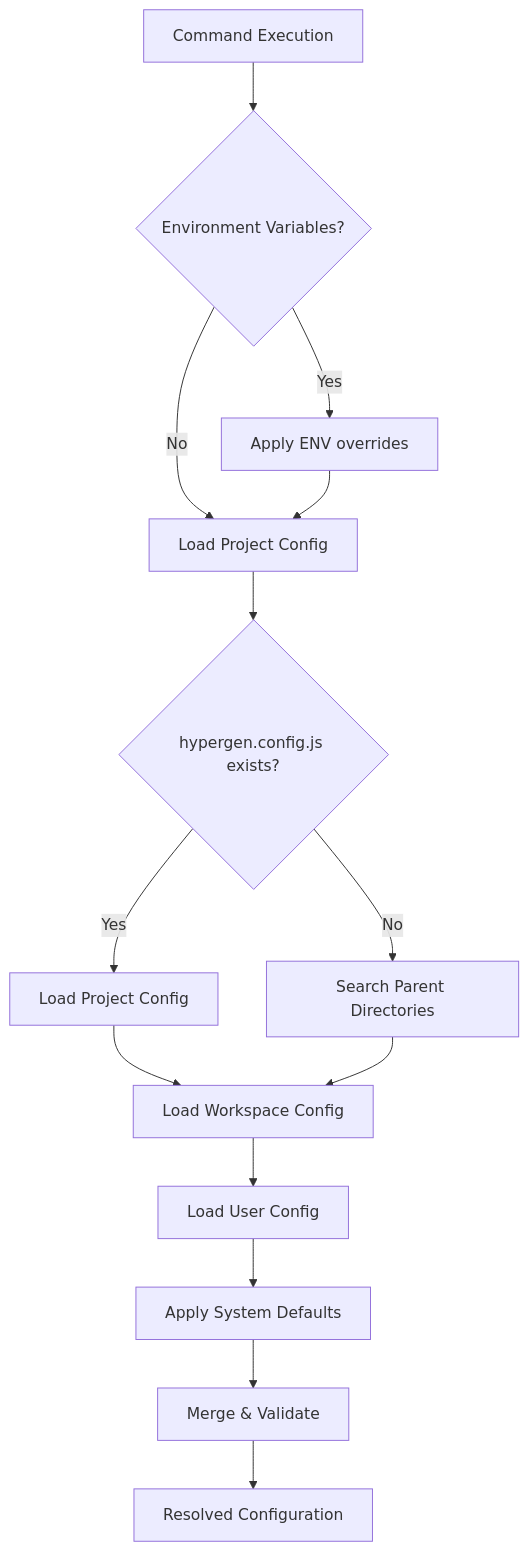
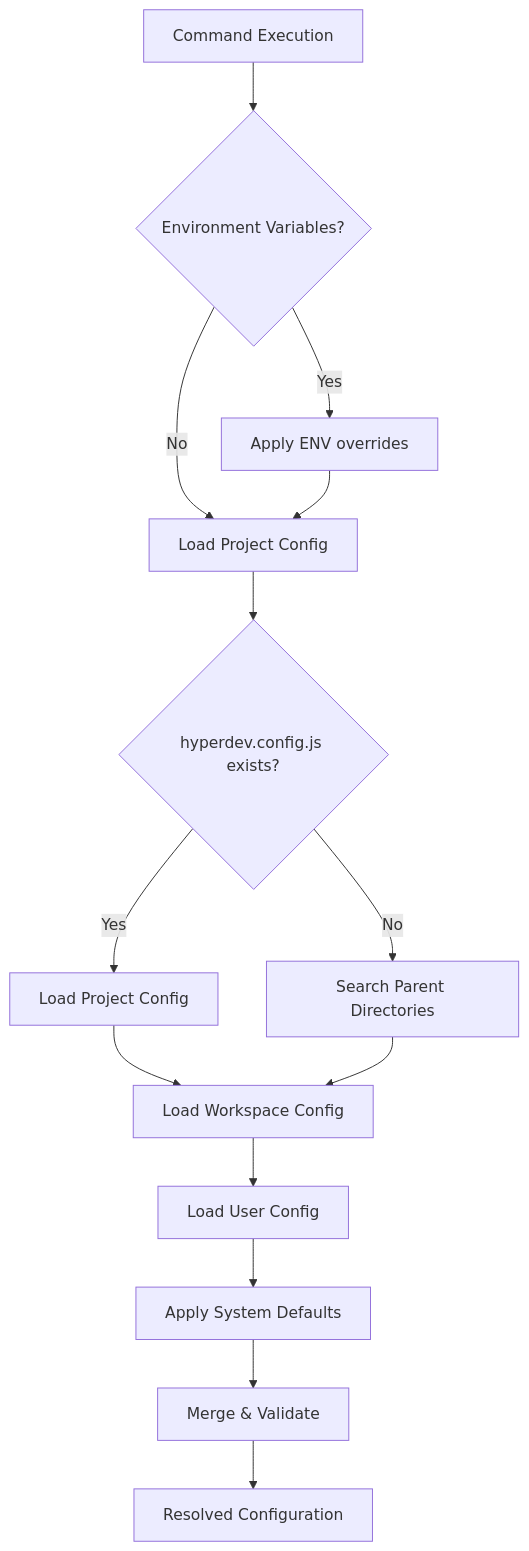
Before and after one commit to svallory/hyper-coding: the diagram in apps/docs/configuration-guide.mdx, drawn with Mermaid. The commit also changed other lines of this file and 837 other files, not shown here.

````diff
--- a/apps/docs/configuration-guide.mdx
+++ b/apps/docs/configuration-guide.mdx
@@ -37,16 +37,16 @@
 ```mermaid
 flowchart TD
     A[Command Execution] --> B{Environment Variables?}
     B -->|Yes| C[Apply ENV overrides]
     B -->|No| D[Load Project Config]
     C --> D
-    D --> E{hypergen.config.js exists?}
+    D --> E{hyperdev.config.js exists?}
     E -->|Yes| F[Load Project Config]
     E -->|No| G[Search Parent Directories]
     F --> H[Load Workspace Config]
     G --> H
     H --> I[Load User Config]
     I --> J[Apply System Defaults]
     J --> K[Merge & Validate]
     K --> L[Resolved Configuration]
 ```
````
